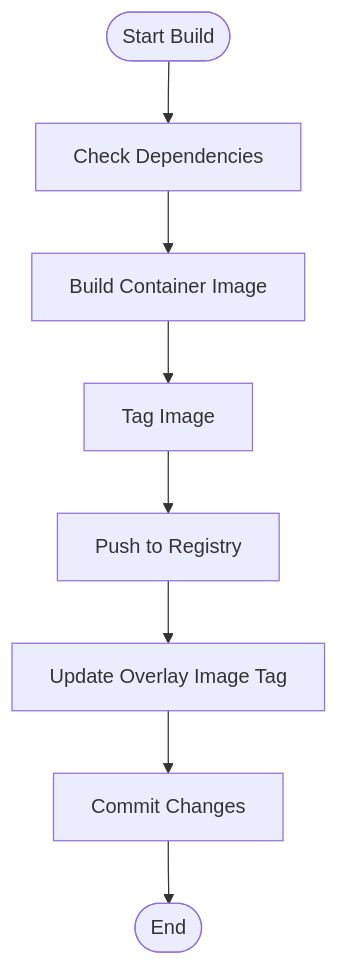
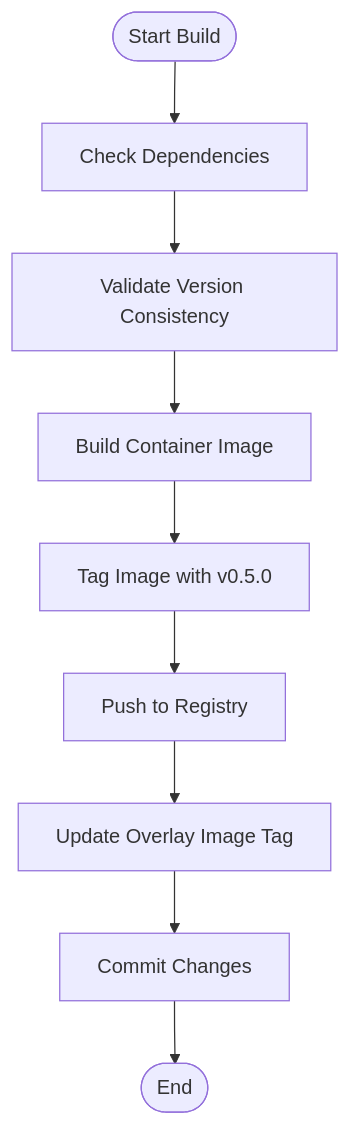
Before and after one commit to metasync/luban-aiops: the third of 10 diagrams in .qoder/repowiki/en/content/Deployment and Operations/Deployment and Operations.md, drawn with Mermaid. The commit also changed other lines of this file and 4 other files, not shown here.

````diff
--- a/.qoder/repowiki/en/content/Deployment and Operations/Deployment and Operations.md
+++ b/.qoder/repowiki/en/content/Deployment and Operations/Deployment and Operations.md
@@ -281,10 +309,11 @@
 ```mermaid
 flowchart TD
 Start(["Start Build"]) --> CheckDeps["Check Dependencies"]
-CheckDeps --> BuildImage["Build Container Image"]
-BuildImage --> TagImage["Tag Image"]
+CheckDeps --> ValidateVersion["Validate Version Consistency"]
+ValidateVersion --> BuildImage["Build Container Image"]
+BuildImage --> TagImage["Tag Image with v0.5.0"]
 TagImage --> PushImage["Push to Registry"]
 PushImage --> UpdateOverlay["Update Overlay Image Tag"]
 UpdateOverlay --> Commit["Commit Changes"]
 Commit --> End(["End"])
 ```
````
